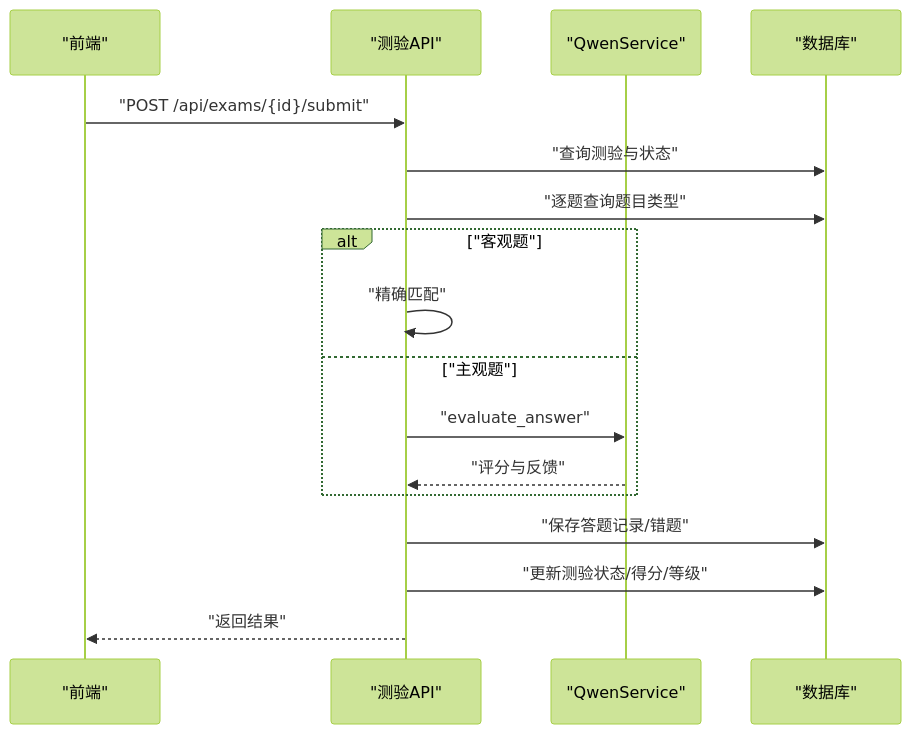
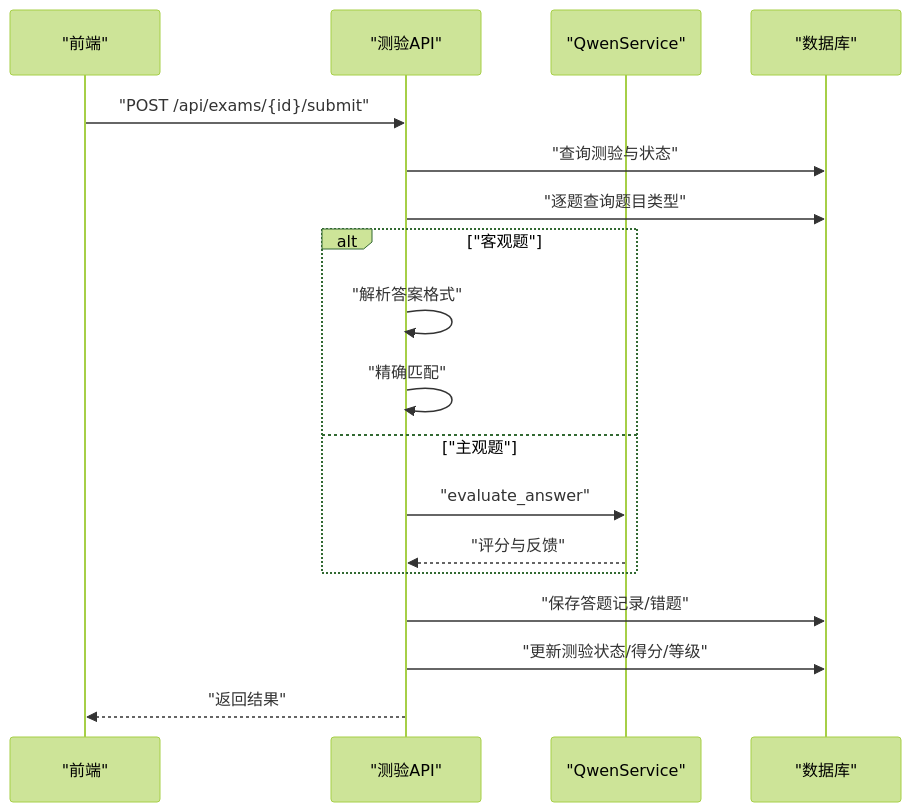
One commit to zhiwenli-jack/personal-learning-manager changed the sixth of 8 diagrams in .qoder/repowiki/zh/content/后端API文档/测验系统API.md. Above: the diagram before and after it, drawn with Mermaid (forest theme). The commit also changed other lines of this file and 15 other files, not shown here.

````diff
--- a/.qoder/repowiki/zh/content/后端API文档/测验系统API.md
+++ b/.qoder/repowiki/zh/content/后端API文档/测验系统API.md
@@ -216,19 +225,20 @@
 ```mermaid
 sequenceDiagram
 participant FE as "前端"
 participant API as "测验API"
 participant SVC as "QwenService"
 participant DB as "数据库"
 FE->>API : "POST /api/exams/{id}/submit"
 API->>DB : "查询测验与状态"
 API->>DB : "逐题查询题目类型"
 alt "客观题"
+API->>API : "解析答案格式"
 API->>API : "精确匹配"
 else "主观题"
 API->>SVC : "evaluate_answer"
 SVC-->>API : "评分与反馈"
 end
 API->>DB : "保存答题记录/错题"
 API->>DB : "更新测验状态/得分/等级"
 API-->>FE : "返回结果"
 ```
````
